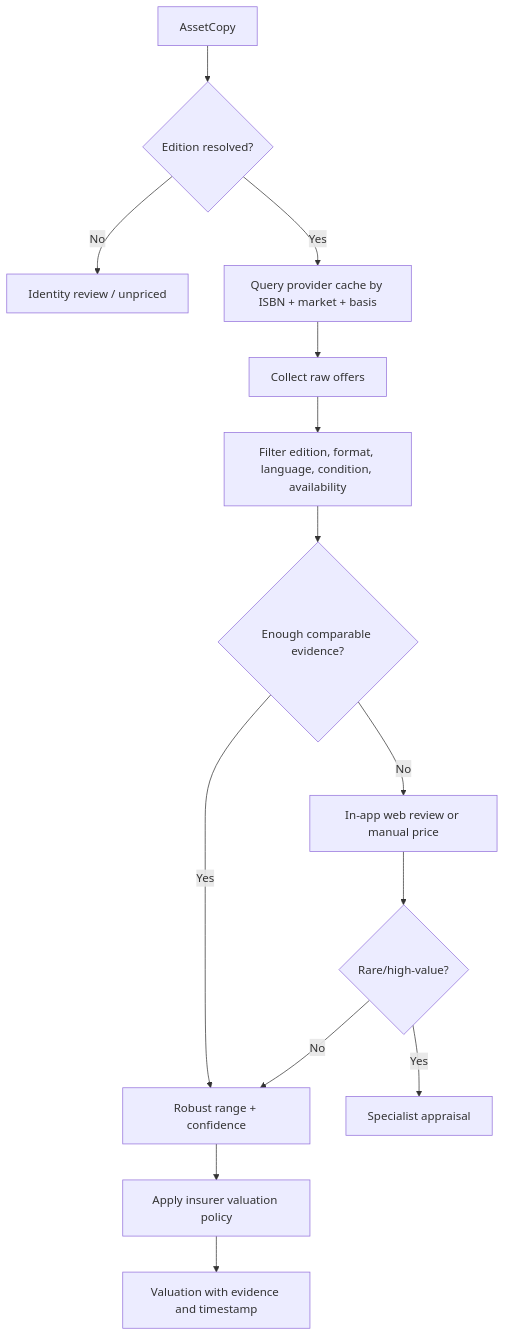
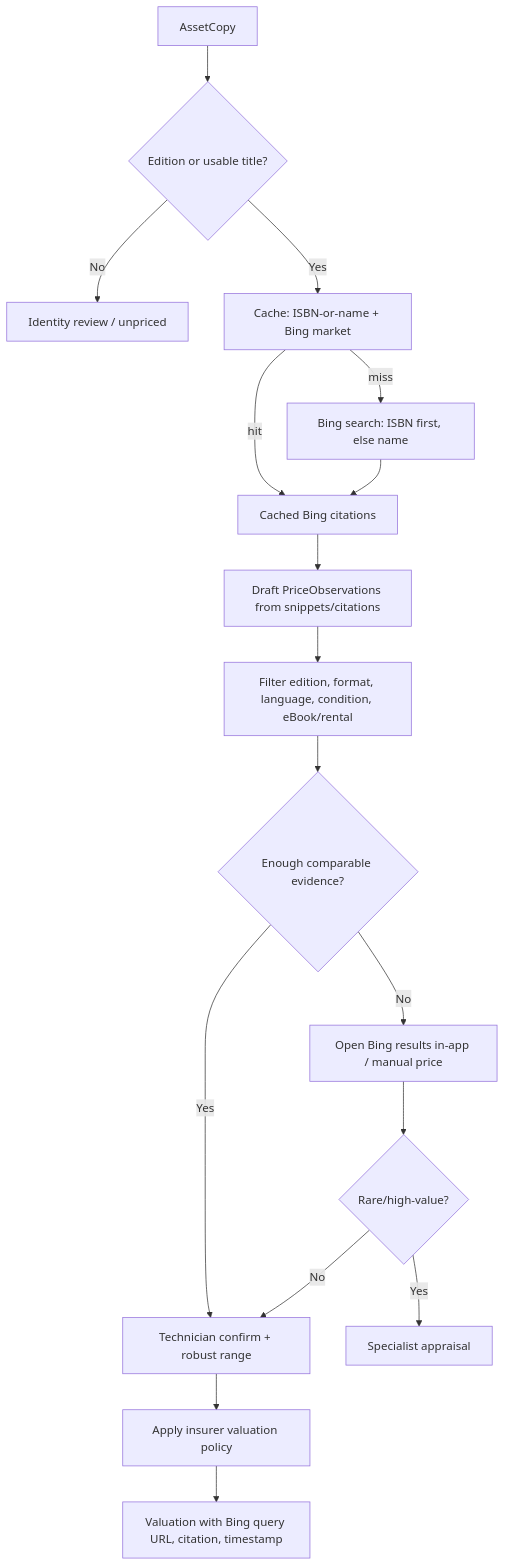
One commit to harshsinha-12/library-estimate changed the fourth of 8 diagrams in FINAL-PLAN.md. Above: the diagram before and after it, drawn with Mermaid. The commit also changed other lines of this file, not shown here.

Commit message:
Refine FINAL-PLAN.md with detailed comparisons of model pipelines, explicit capture methods, and structured scope adjustments. Clarify deviations from initial requirements and emphasize the use of Bing search for price discovery, alongside a staged RL loop for model training.

````diff
--- a/FINAL-PLAN.md
+++ b/FINAL-PLAN.md
@@ -524,16 +710,19 @@
 ```mermaid
 flowchart TD
-  A["AssetCopy"] --> B{"Edition resolved?"}
+  A["AssetCopy"] --> B{"Edition or usable title?"}
   B -- No --> U["Identity review / unpriced"]
-  B -- Yes --> C["Query provider cache by ISBN + market + basis"]
-  C --> D["Collect raw offers"]
-  D --> E["Filter edition, format, language, condition, availability"]
-  E --> F{"Enough comparable evidence?"}
-  F -- No --> G["In-app web review or manual price"]
-  F -- Yes --> H["Robust range + confidence"]
-  G --> I{"Rare/high-value?"}
-  I -- Yes --> J["Specialist appraisal"]
-  I -- No --> H
-  H --> K["Apply insurer valuation policy"]
-  K --> L["Valuation with evidence and timestamp"]
+  B -- Yes --> C["Cache: ISBN-or-name + Bing market"]
+  C -->|miss| D["Bing search: ISBN first, else name"]
+  C -->|hit| E["Cached Bing citations"]
+  D --> E
+  E --> F["Draft PriceObservations from snippets/citations"]
+  F --> G["Filter edition, format, language, condition, eBook/rental"]
+  G --> H{"Enough comparable evidence?"}
+  H -- No --> I["Open Bing results in-app / manual price"]
+  H -- Yes --> J["Technician confirm + robust range"]
+  I --> K{"Rare/high-value?"}
+  K -- Yes --> L["Specialist appraisal"]
+  K -- No --> J
+  J --> M["Apply insurer valuation policy"]
+  M --> N["Valuation with Bing query URL, citation, timestamp"]
 ```
````
